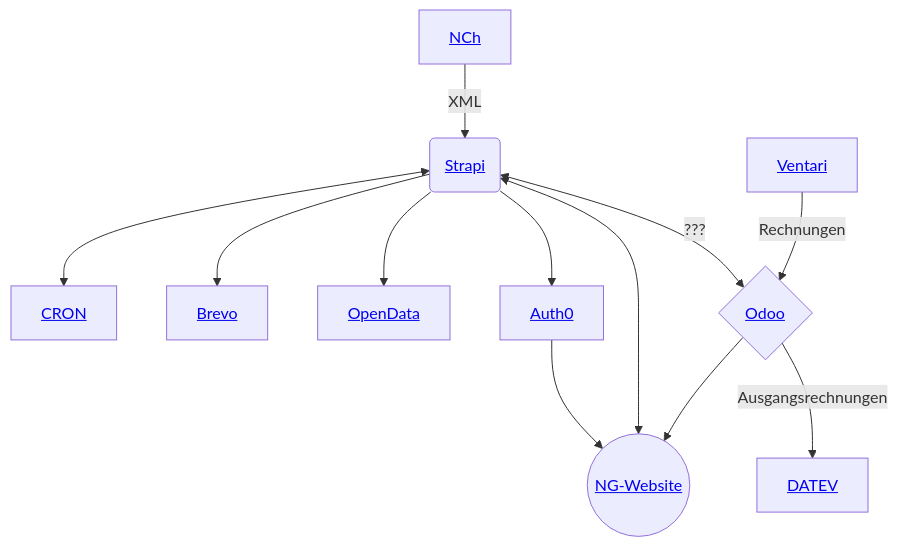
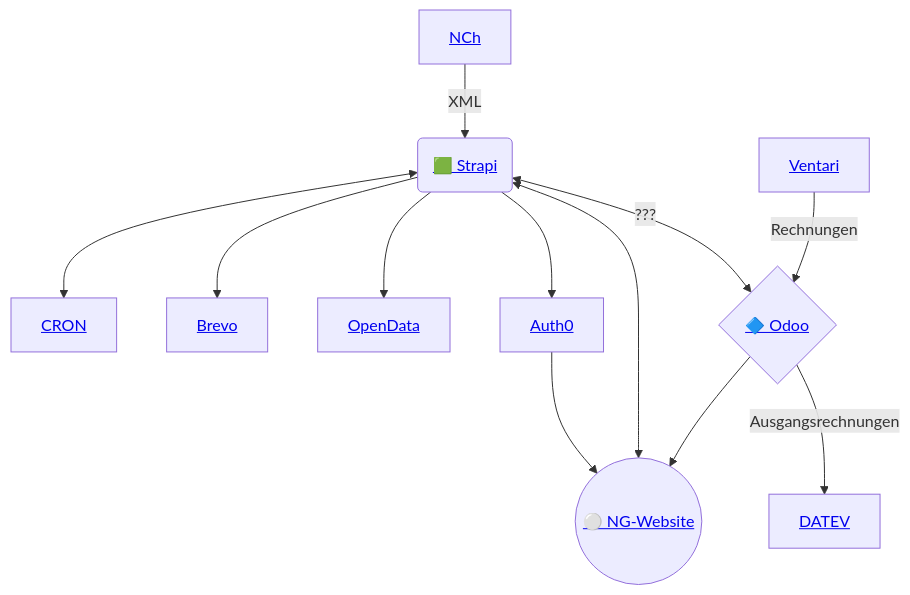
The diagram in infrastructure-future.md (GDCh-de/docs), drawn with Mermaid before and after one commit. The commit also changed other lines of this file and 1 other file, not shown here.

````diff
--- a/infrastructure-future.md
+++ b/infrastructure-future.md
@@ -3,13 +3,13 @@
 ```mermaid
 graph TD;
   Strapi <--> Cron[<a href='/GDCh-de/docs/blob/main/CRON.md'>CRON</a>];
   NCh[<a href='/GDCh-de/docs/blob/main/NCh.md'>NCh</a>] --> |XML| Strapi;
   Strapi --> Brevo[<a href='/GDCh-de/docs/blob/main/Brevo.md'>Brevo</a>];
   Strapi --> OpenData[<a href='/GDCh-de/docs/blob/main/OpenData.md'>OpenData</a>];
-  Strapi(<a href='/GDCh-de/docs/blob/main/Strapi.md'>Strapi</a>) --> Auth0[<a href='/GDCh-de/docs/blob/main/Auth0.md'>Auth0</a>] --> WebsiteNG((<a href='/GDCh-de/docs/blob/main/WebsiteNG.md'>NG-Website</a>));
+  Strapi(<a href='/GDCh-de/docs/blob/main/Strapi.md'>🟩 Strapi</a>) --> Auth0[<a href='/GDCh-de/docs/blob/main/Auth0.md'>Auth0</a>] --> WebsiteNG((<a href='/GDCh-de/docs/blob/main/WebsiteNG.md'>⚪️ NG-Website</a>));
   Ventari[<a href='/GDCh-de/docs/blob/main/Ventari.md'>Ventari</a>] --> |Rechnungen| Odoo;
   Odoo --> WebsiteNG;
-  Odoo{<a href='/GDCh-de/docs/blob/main/Odoo.md'>Odoo</a>} --> |Ausgangsrechnungen| DATEV[<a href='/GDCh-de/docs/blob/main/DATEV.md'>DATEV</a>];
+  Odoo{<a href='/GDCh-de/docs/blob/main/Odoo.md'>🔷 Odoo</a>} --> |Ausgangsrechnungen| DATEV[<a href='/GDCh-de/docs/blob/main/DATEV.md'>DATEV</a>];
   Strapi <--> WebsiteNG;
   Strapi <--> | ??? | Odoo;
 ```
````
